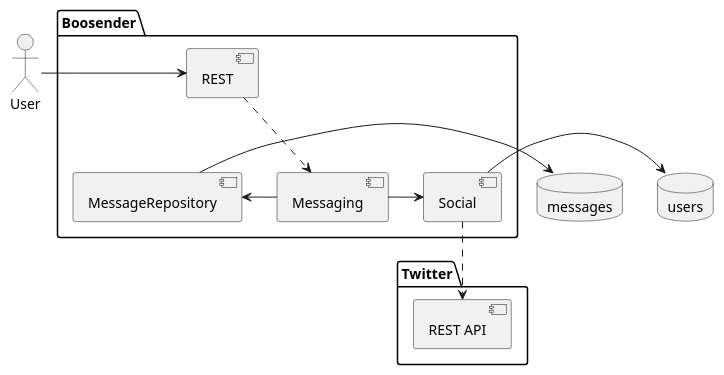
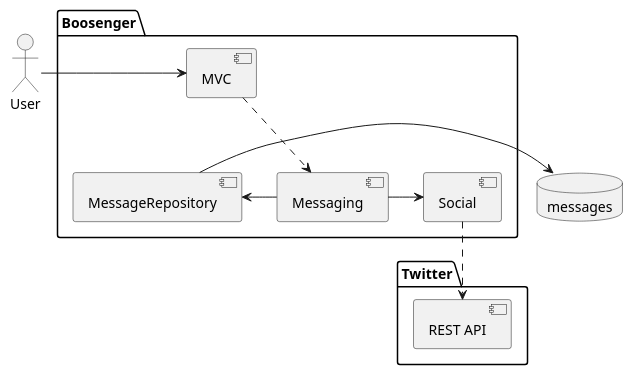
Before and after one commit to webdizz/bootiful-apps: the diagram in architecture.puml, drawn with PlantUML.

Commit message:
Update architecture

```diff
--- a/architecture.puml
+++ b/architecture.puml
@@ -1,29 +1,27 @@
 @startuml
 
 actor User
 
-package "Boosender" {
-    [REST]
+package "Boosenger" {
+    [MVC]
     [MessageRepository]
     [Social]
     [Messaging]
 }
 
 package "Twitter" {
     [REST API]
 }
 
 database messages
-database users
 
-User -right-> [REST]
-[REST] ..> [Messaging]
+User -right-> [MVC]
+[MVC] ..> [Messaging]
 [MessageRepository] -> messages
 [Messaging] -left-> [MessageRepository]
 
 [Messaging] -> [Social]
 
-[Social] -> users
 [Social] ..> [REST API]
 
 @enduml
```
